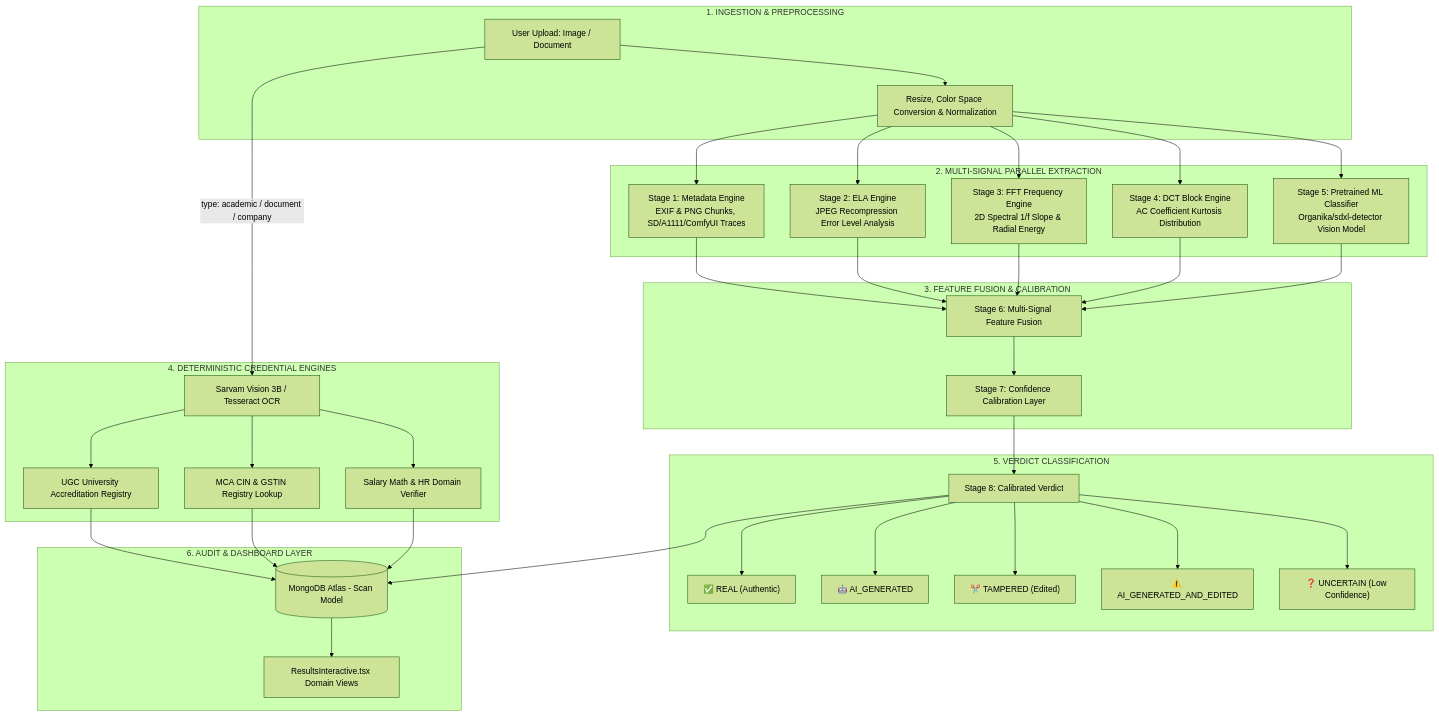
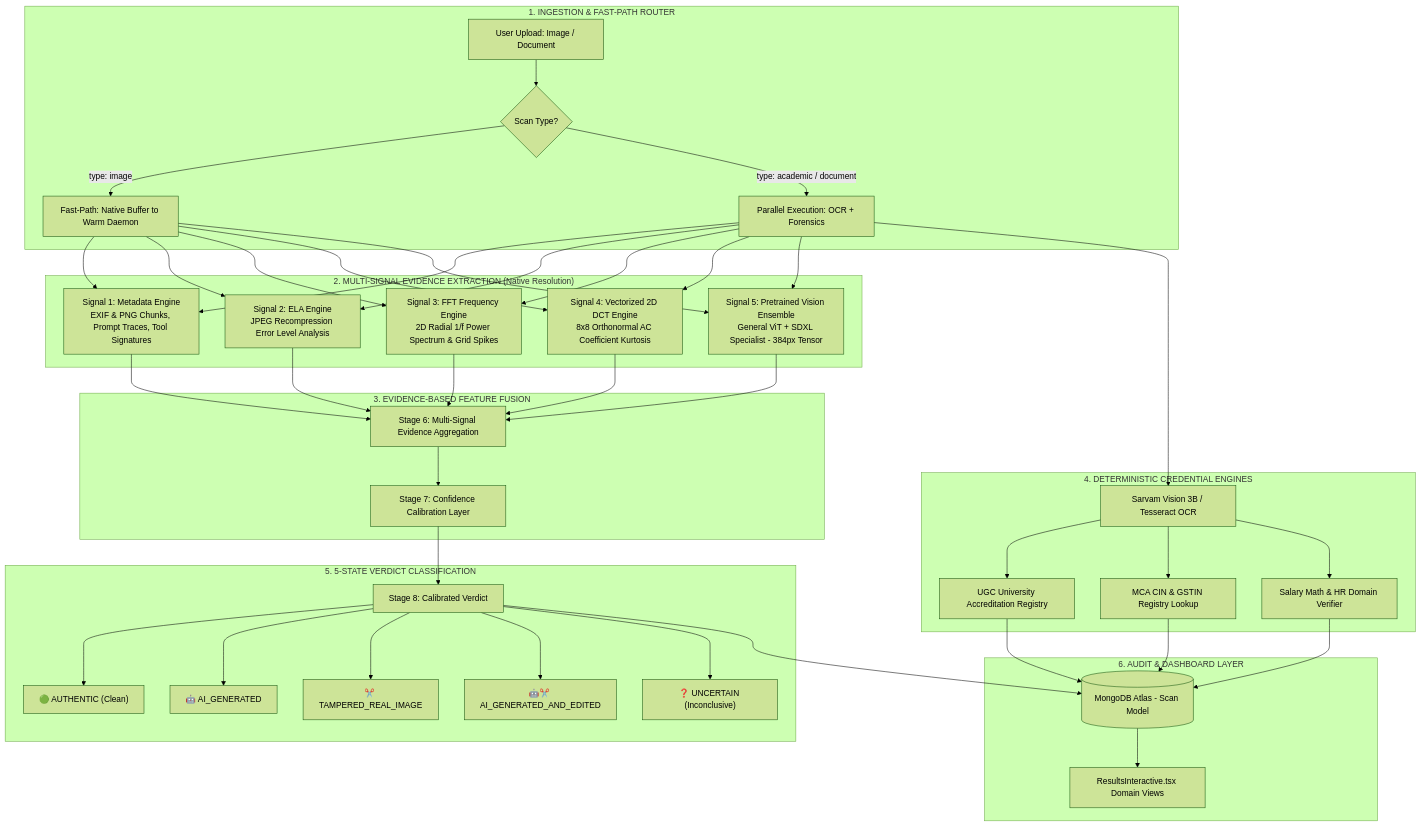
The diagram in ARCHITECTURE.md (Dubey411/TrustScan), drawn with Mermaid (forest theme) before and after one commit. The commit also changed other lines of this file, not shown here.

Commit message:
docs(architecture): update to v4.3 with evidence-based fusion, native resolution forensic pipeline, and 5-state verdict

````diff
--- a/ARCHITECTURE.md
+++ b/ARCHITECTURE.md
@@ -11,40 +11,42 @@
 ```mermaid
 flowchart TD
-    subgraph Ingestion ["1. INGESTION & PREPROCESSING"]
-        UPLOAD[User Upload: Image / Document] --> PRE[Resize, Color Space Conversion & Normalization]
+    subgraph Ingestion ["1. INGESTION & FAST-PATH ROUTER"]
+        UPLOAD[User Upload: Image / Document] --> ROUTER{Scan Type?}
+        ROUTER -->|type: image| FAST[Fast-Path: Native Buffer to Warm Daemon]
+        ROUTER -->|type: academic / document| PARALLEL[Parallel Execution: OCR + Forensics]
     end
 
-    subgraph Signals ["2. MULTI-SIGNAL PARALLEL EXTRACTION"]
-        PRE --> S1[Stage 1: Metadata Engine<br/>EXIF & PNG Chunks, SD/A1111/ComfyUI Traces]
-        PRE --> S2[Stage 2: ELA Engine<br/>JPEG Recompression Error Level Analysis]
-        PRE --> S3[Stage 3: FFT Frequency Engine<br/>2D Spectral 1/f Slope & Radial Energy]
-        PRE --> S4[Stage 4: DCT Block Engine<br/>AC Coefficient Kurtosis Distribution]
-        PRE --> S5[Stage 5: Pretrained ML Classifier<br/>Organika/sdxl-detector Vision Model]
+    subgraph Signals ["2. MULTI-SIGNAL EVIDENCE EXTRACTION (Native Resolution)"]
+        FAST & PARALLEL --> S1[Signal 1: Metadata Engine<br/>EXIF & PNG Chunks, Prompt Traces, Tool Signatures]
+        FAST & PARALLEL --> S2[Signal 2: ELA Engine<br/>JPEG Recompression Error Level Analysis]
+        FAST & PARALLEL --> S3[Signal 3: FFT Frequency Engine<br/>2D Radial 1/f Power Spectrum & Grid Spikes]
+        FAST & PARALLEL --> S4[Signal 4: Vectorized 2D DCT Engine<br/>8x8 Orthonormal AC Coefficient Kurtosis]
+        FAST & PARALLEL --> S5[Signal 5: Pretrained Vision Ensemble<br/>General ViT + SDXL Specialist - 384px Tensor]
     end
 
-    subgraph Fusion ["3. FEATURE FUSION & CALIBRATION"]
-        S1 & S2 & S3 & S4 & S5 --> FUS[Stage 6: Multi-Signal Feature Fusion]
+    subgraph Fusion ["3. EVIDENCE-BASED FEATURE FUSION"]
+        S1 & S2 & S3 & S4 & S5 --> FUS[Stage 6: Multi-Signal Evidence Aggregation]
         FUS --> CAL[Stage 7: Confidence Calibration Layer]
     end
 
     subgraph Doc_Engine ["4. DETERMINISTIC CREDENTIAL ENGINES"]
-        UPLOAD -->|type: academic / document / company| OCR[Sarvam Vision 3B / Tesseract OCR]
+        PARALLEL --> OCR[Sarvam Vision 3B / Tesseract OCR]
         OCR --> UGC[UGC University Accreditation Registry]
         OCR --> MCA[MCA CIN & GSTIN Registry Lookup]
         OCR --> CTC[Salary Math & HR Domain Verifier]
     end
 
-    subgraph Verdict ["5. VERDICT CLASSIFICATION"]
+    subgraph Verdict ["5. 5-STATE VERDICT CLASSIFICATION"]
         CAL --> V_OUT[Stage 8: Calibrated Verdict]
-        V_OUT --> V_REAL["✅ REAL (Authentic)"]
+        V_OUT --> V_REAL["🟢 AUTHENTIC (Clean)"]
         V_OUT --> V_AI["🤖 AI_GENERATED"]
-        V_OUT --> V_TAMP["✂️ TAMPERED (Edited)"]
-        V_OUT --> V_AI_TAMP["⚠️ AI_GENERATED_AND_EDITED"]
-        V_OUT --> V_UNC["❓ UNCERTAIN (Low Confidence)"]
+        V_OUT --> V_TAMP["✂️ TAMPERED_REAL_IMAGE"]
+        V_OUT --> V_AI_TAMP["🤖✂️ AI_GENERATED_AND_EDITED"]
+        V_OUT --> V_UNC["❓ UNCERTAIN (Inconclusive)"]
     end
 
     subgraph Output ["6. AUDIT & DASHBOARD LAYER"]
         V_OUT & UGC & MCA & CTC --> MONGO[(MongoDB Atlas - Scan Model)]
         MONGO --> DASH[ResultsInteractive.tsx Domain Views]
     end
 ```
````
